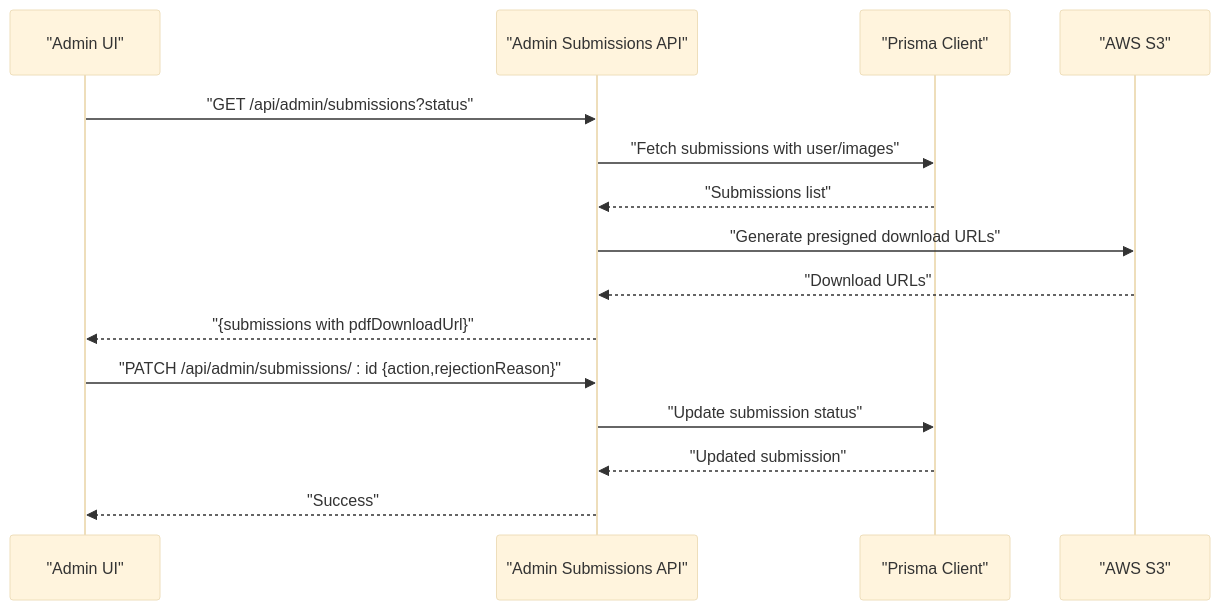
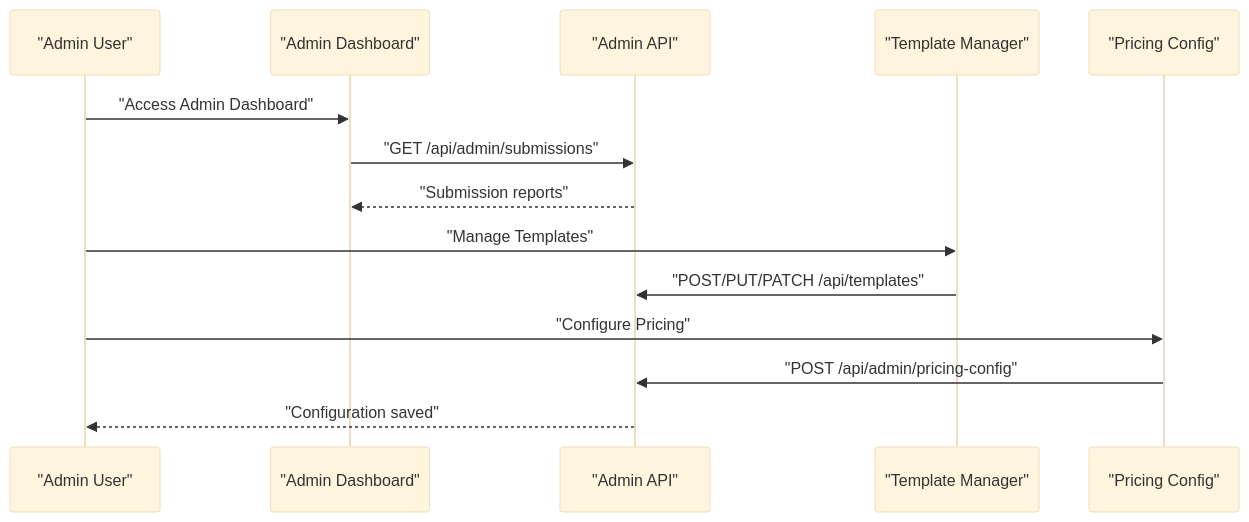
The eighth of 9 diagrams in .qoder/repowiki/en/content/Project Overview.md (Crowdspender/titchybooks-app), drawn with Mermaid (base theme) before and after one commit. The commit also changed other lines of this file and 62 other files, not shown here.

````diff
--- a/.qoder/repowiki/en/content/Project Overview.md
+++ b/.qoder/repowiki/en/content/Project Overview.md
@@ -290,17 +430,16 @@
 ```mermaid
 sequenceDiagram
-participant Admin as "Admin UI"
-participant AdminAPI as "Admin Submissions API"
-participant Prisma as "Prisma Client"
-participant S3 as "AWS S3"
-Admin->>AdminAPI : "GET /api/admin/submissions?status"
-AdminAPI->>Prisma : "Fetch submissions with user/images"
-Prisma-->>AdminAPI : "Submissions list"
-AdminAPI->>S3 : "Generate presigned download URLs"
-S3-->>AdminAPI : "Download URLs"
-AdminAPI-->>Admin : "{submissions with pdfDownloadUrl}"
-Admin->>AdminAPI : "PATCH /api/admin/submissions/ : id {action,rejectionReason}"
-AdminAPI->>Prisma : "Update submission status"
-Prisma-->>AdminAPI : "Updated submission"
-AdminAPI-->>Admin : "Success"
+participant Admin as "Admin User"
+participant AdminUI as "Admin Dashboard"
+participant AdminAPI as "Admin API"
+participant Templates as "Template Manager"
+participant Pricing as "Pricing Config"
+Admin->>AdminUI : "Access Admin Dashboard"
+AdminUI->>AdminAPI : "GET /api/admin/submissions"
+AdminAPI-->>AdminUI : "Submission reports"
+Admin->>Templates : "Manage Templates"
+Templates->>AdminAPI : "POST/PUT/PATCH /api/templates"
+Admin->>Pricing : "Configure Pricing"
+Pricing->>AdminAPI : "POST /api/admin/pricing-config"
+AdminAPI-->>Admin : "Configuration saved"
 ```
````
